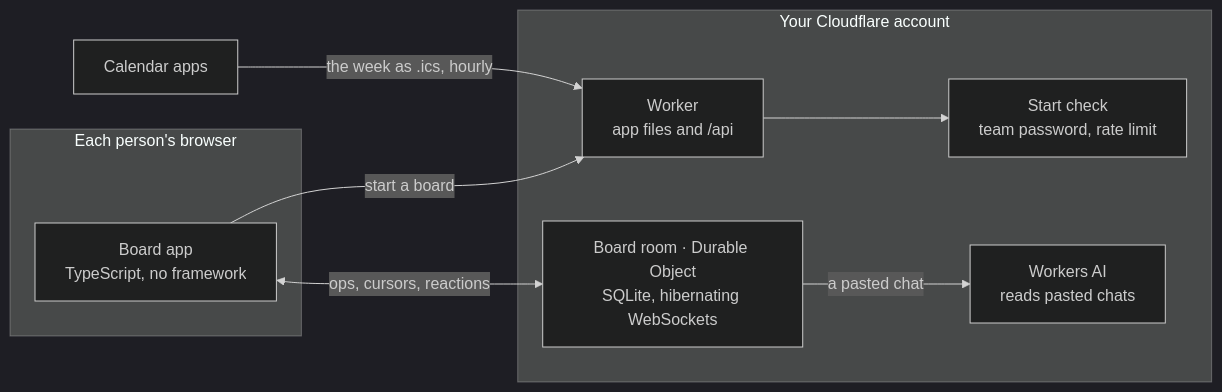
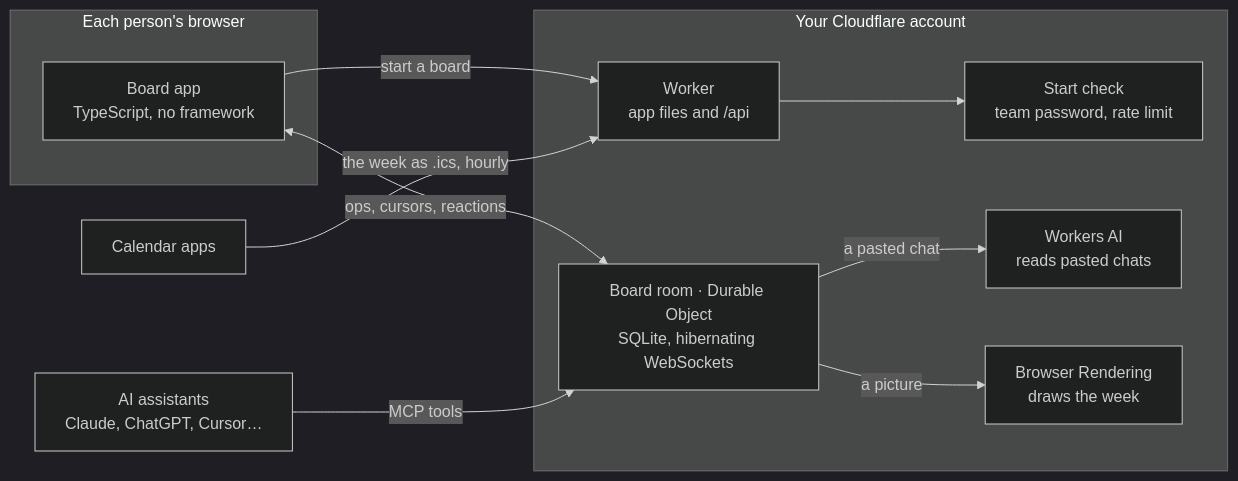
Before and after one commit to s045pd/longtable: the diagram in README.md, drawn with Mermaid (dark theme). The commit also changed other lines of this file and 20 other files, not shown here.

First line of the commit message:
Every board is an MCP server: AI assistants plan on it, live

````diff
--- a/README.md
+++ b/README.md
@@ -260,18 +293,22 @@
 ```mermaid
 flowchart LR
   subgraph browser [Each person's browser]
     app["Board app<br/>TypeScript, no framework"]
   end
   subgraph cf [Your Cloudflare account]
     worker["Worker<br/>app files and /api"]
     gate["Start check<br/>team password, rate limit"]
     room["Board room · Durable Object<br/>SQLite, hibernating WebSockets"]
     ai["Workers AI<br/>reads pasted chats"]
+    br["Browser Rendering<br/>draws the week"]
   end
   cal["Calendar apps"]
+  mcp["AI assistants<br/>Claude, ChatGPT, Cursor…"]
   app -- "start a board" --> worker
   worker --> gate
   app <-- "ops, cursors, reactions" --> room
   room -- "a pasted chat" --> ai
   cal -- "the week as .ics, hourly" --> worker
+  mcp -- "MCP tools" --> room
+  room -- "a picture" --> br
 ```
````
